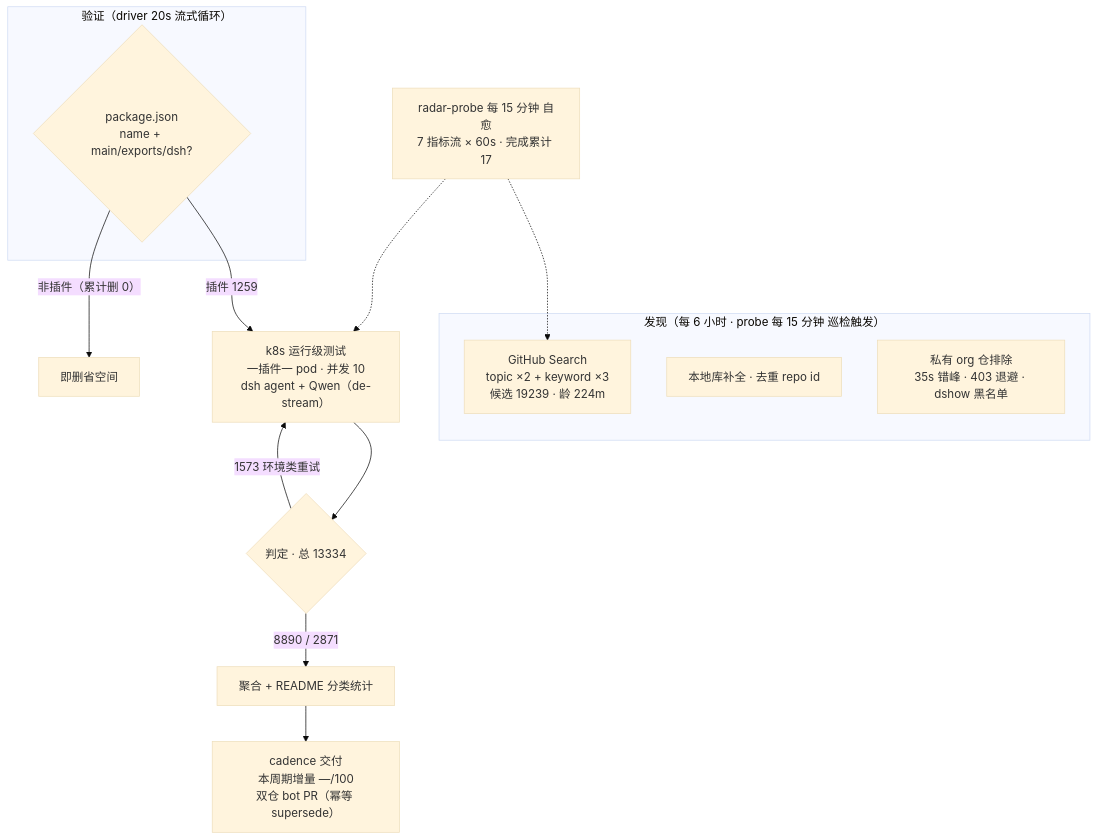
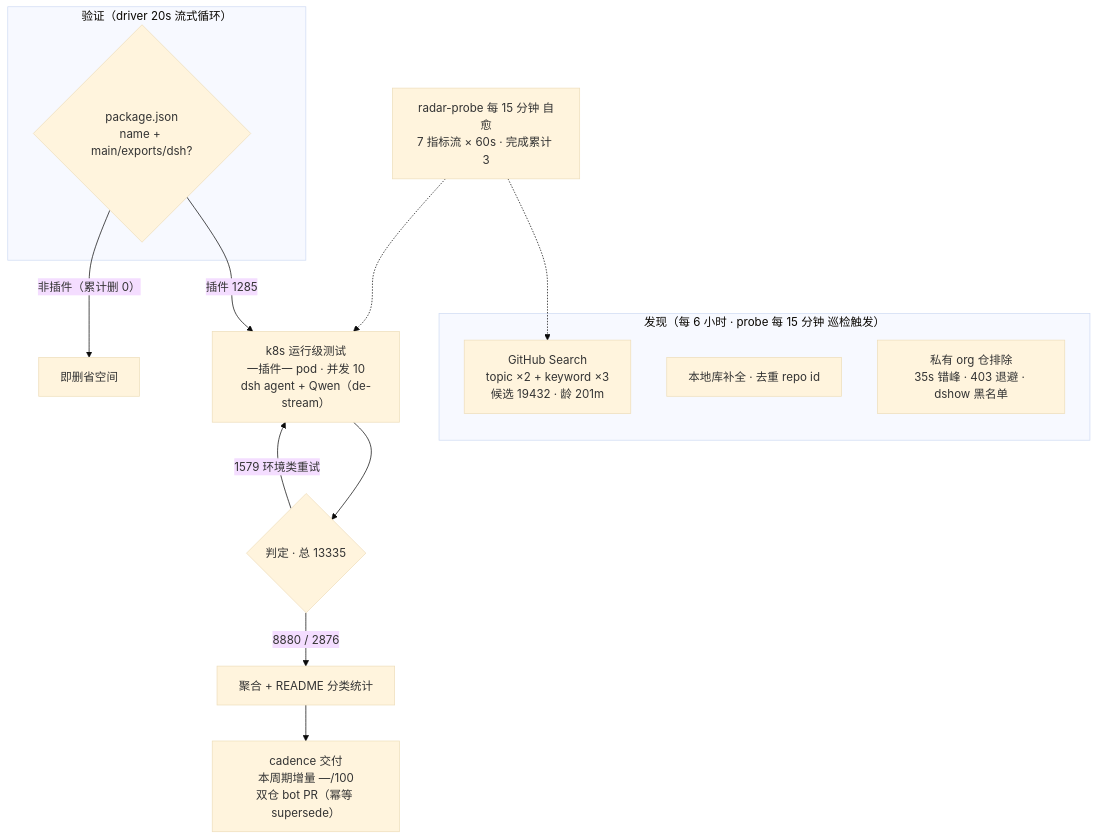
One commit to the-beating-light-of-the-nail/dsh-meme-hub-site changed the diagram in public/readmes/awesome-dsh-plugins.md. Above: the diagram before and after it, drawn with Mermaid (base theme). The commit also changed other lines of this file and 253 other files, not shown here.

````diff
--- a/public/readmes/awesome-dsh-plugins.md
+++ b/public/readmes/awesome-dsh-plugins.md
@@ -52,20 +52,20 @@
 ```mermaid
 flowchart TB
     subgraph Discovery["发现（每 6 小时 · probe 每 15 分钟 巡检触发）"]
-        A1["GitHub Search<br/>topic ×2 + keyword ×3<br/>候选 19239 · 龄 224m"]
+        A1["GitHub Search<br/>topic ×2 + keyword ×3<br/>候选 19432 · 龄 201m"]
         A2["本地库补全 · 去重 repo id"]
         A3["私有 org 仓排除<br/>35s 错峰 · 403 退避 · dshow 黑名单"]
     end
     subgraph Validation["验证（driver 20s 流式循环）"]
         B1{"package.json<br/>name + main/exports/dsh?"}
     end
-    B1 -->|"插件 1259"| C1["k8s 运行级测试<br/>一插件一 pod · 并发 10<br/>dsh agent + Qwen（de-stream）"]
+    B1 -->|"插件 1285"| C1["k8s 运行级测试<br/>一插件一 pod · 并发 10<br/>dsh agent + Qwen（de-stream）"]
     B1 -->|"非插件（累计删 0）"| B3["即删省空间"]
-    C1 --> D1{"判定 · 总 13334"}
-    D1 -->|"8890 / 2871"| E1["聚合 + README 分类统计"]
-    D1 -->|"1573 环境类重试"| C1
+    C1 --> D1{"判定 · 总 13335"}
+    D1 -->|"8880 / 2876"| E1["聚合 + README 分类统计"]
+    D1 -->|"1579 环境类重试"| C1
     E1 --> E2["cadence 交付<br/>本周期增量 —/100<br/>双仓 bot PR（幂等 supersede）"]
-    M["radar-probe 每 15 分钟 自愈<br/>7 指标流 × 60s · 完成累计 17"]
+    M["radar-probe 每 15 分钟 自愈<br/>7 指标流 × 60s · 完成累计 3"]
     M -.-> A1
     M -.-> C1
 ```
````
